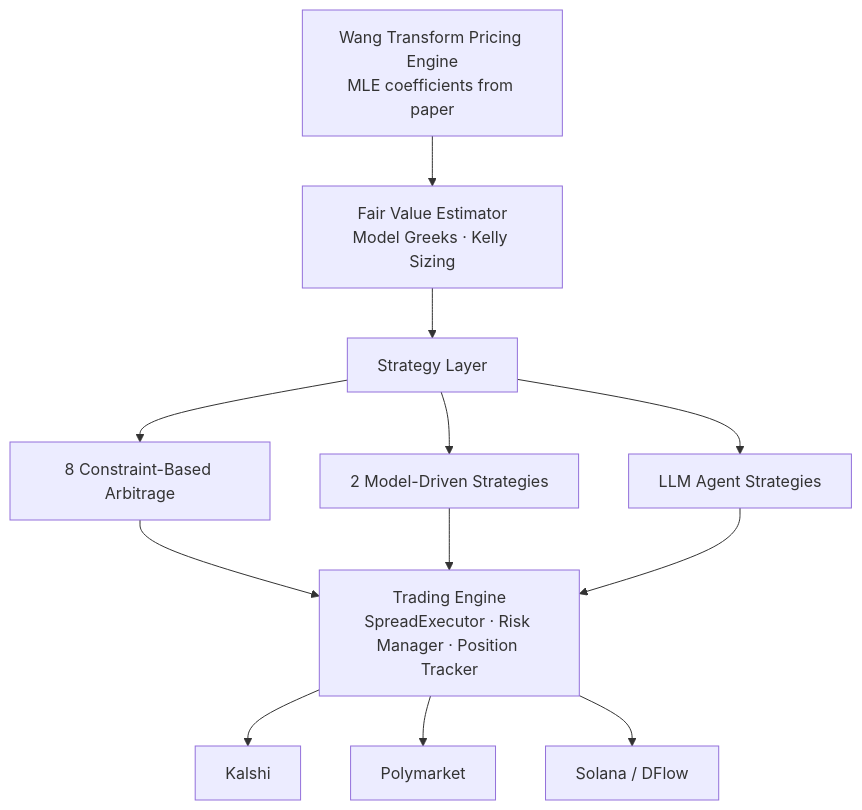
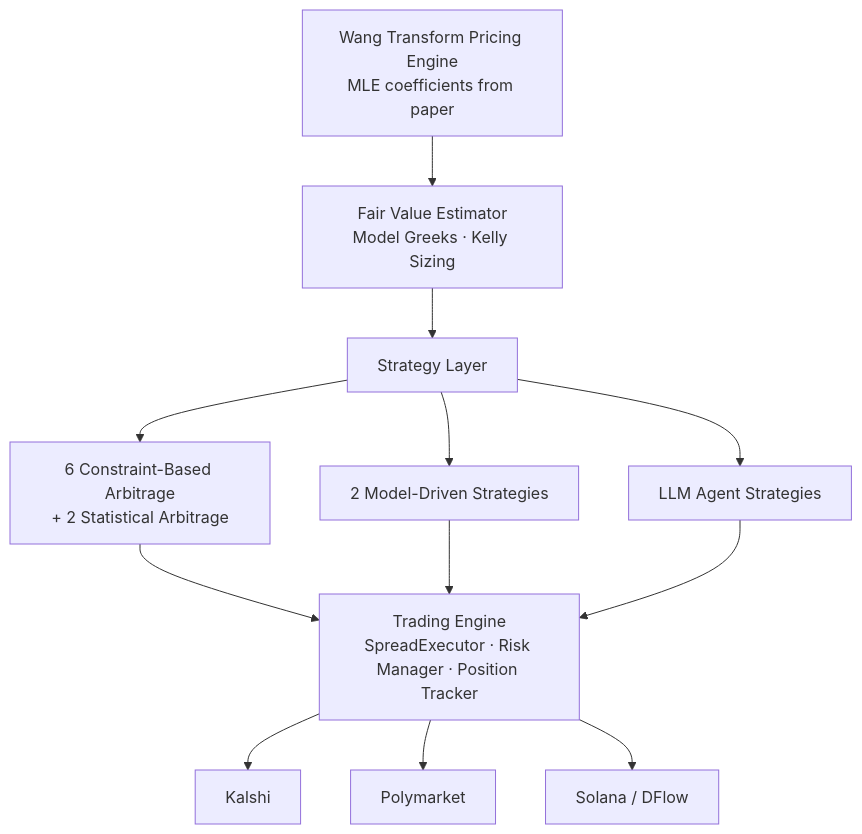
The diagram in README.md (YichengYang-Ethan/oracle3), drawn with Mermaid before and after one commit. The commit also changed other lines of this file and 14 other files, not shown here.

````diff
--- a/README.md
+++ b/README.md
@@ -40,14 +42,14 @@
 ```mermaid
 graph TD
     A[Wang Transform Pricing Engine<br/>MLE coefficients from paper] --> B[Fair Value Estimator<br/>Model Greeks · Kelly Sizing]
     B --> C[Strategy Layer]
-    C --> D[8 Constraint-Based Arbitrage]
+    C --> D[6 Constraint-Based Arbitrage<br/>+ 2 Statistical Arbitrage]
     C --> E[2 Model-Driven Strategies]
     C --> F[LLM Agent Strategies]
     D --> G[Trading Engine<br/>SpreadExecutor · Risk Manager · Position Tracker]
     E --> G
     F --> G
     G --> H[Kalshi]
     G --> I[Polymarket]
     G --> J[Solana / DFlow]
 ```
````
